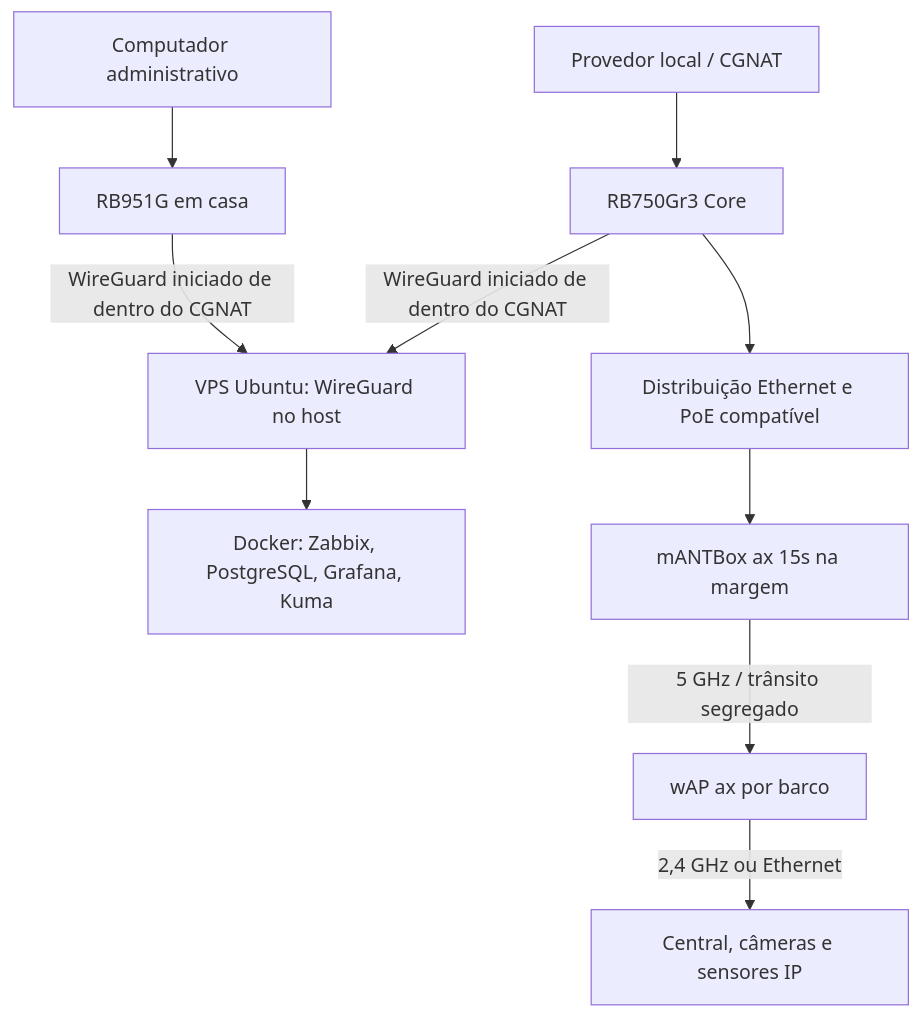
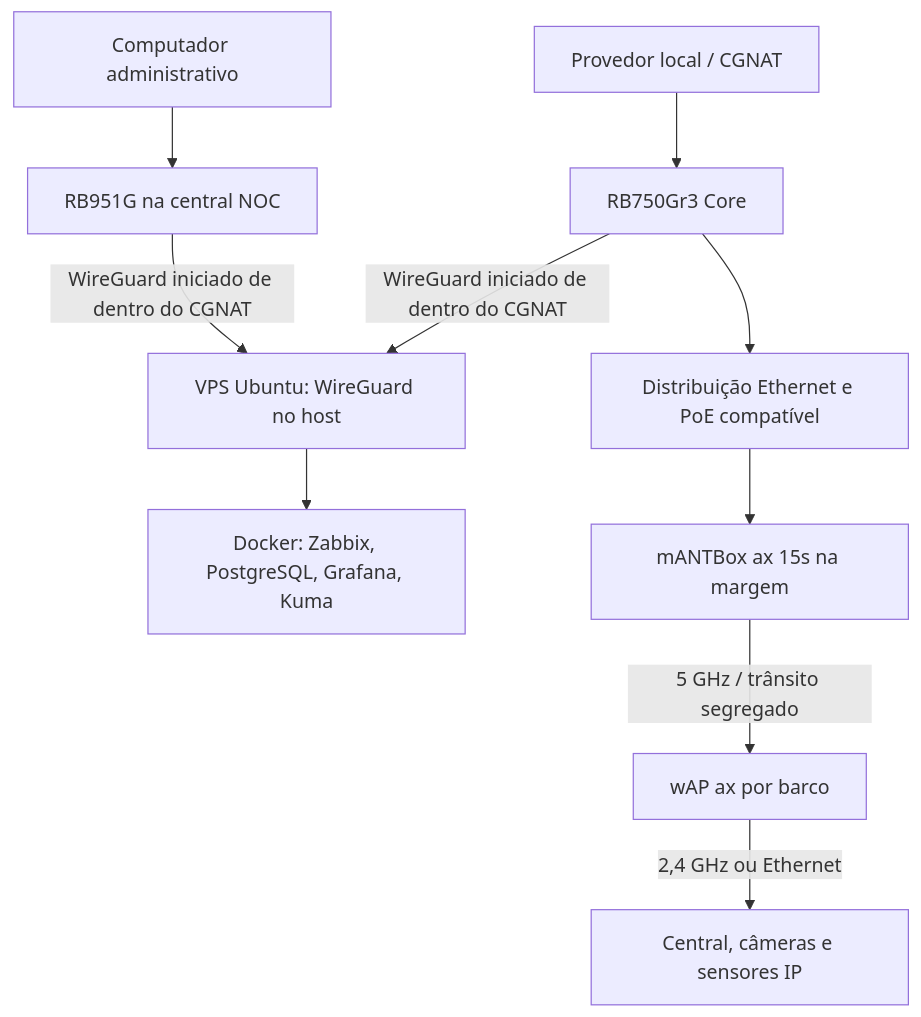
One commit to Wittemberg/wifi-Guarderia changed the diagram in docs/01-architecture/ARCHITECTURE.md. Above: the diagram before and after it, drawn with Mermaid. The commit also changed other lines of this file and 20 other files, not shown here.

Commit message:
docs: atualiza central NOC e aporte inicial da PoC

````diff
--- a/docs/01-architecture/ARCHITECTURE.md
+++ b/docs/01-architecture/ARCHITECTURE.md
@@ -7,12 +7,12 @@
 ```mermaid
 flowchart TD
-  PC[Computador administrativo] --> CASA[RB951G em casa]
-  CASA -->|WireGuard iniciado de dentro do CGNAT| VPS[VPS Ubuntu: WireGuard no host]
+  PC[Computador administrativo] --> NOC[RB951G na central NOC]
+  NOC -->|WireGuard iniciado de dentro do CGNAT| VPS[VPS Ubuntu: WireGuard no host]
   ISP[Provedor local / CGNAT] --> CORE[RB750Gr3 Core]
   CORE -->|WireGuard iniciado de dentro do CGNAT| VPS
   CORE --> POE[Distribuição Ethernet e PoE compatível]
   POE --> AP[mANTBox ax 15s na margem]
   AP -->|5 GHz / trânsito segregado| WAP[wAP ax por barco]
   WAP -->|2,4 GHz ou Ethernet| KIT[Central, câmeras e sensores IP]
-  VPS --> NOC[Docker: Zabbix, PostgreSQL, Grafana, Kuma]
+  VPS --> MONITORING[Docker: Zabbix, PostgreSQL, Grafana, Kuma]
 ```
````
